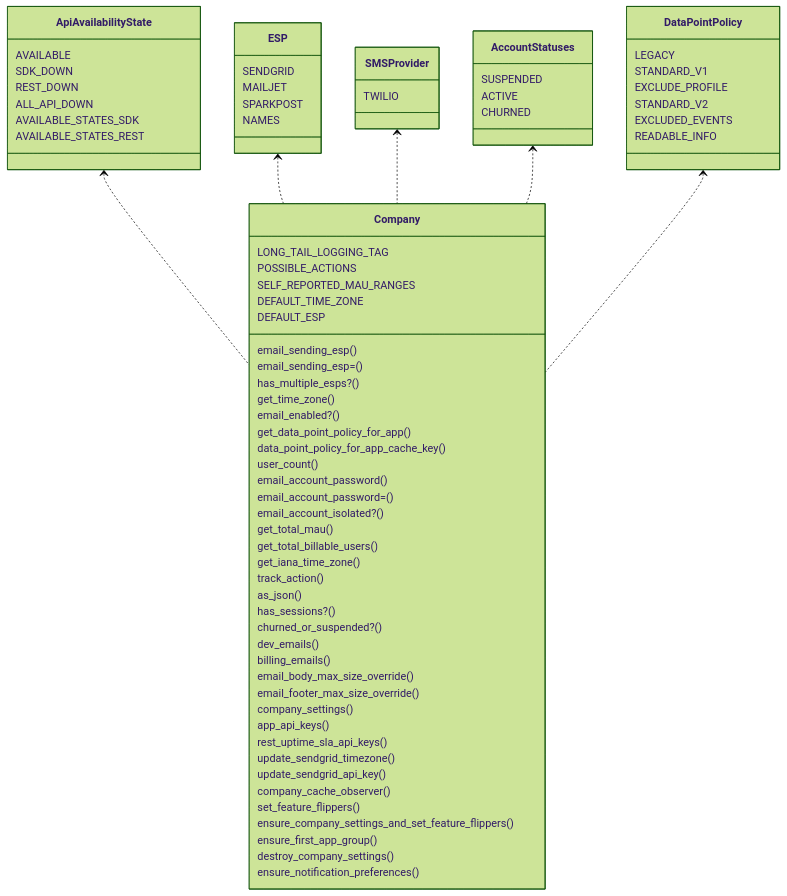
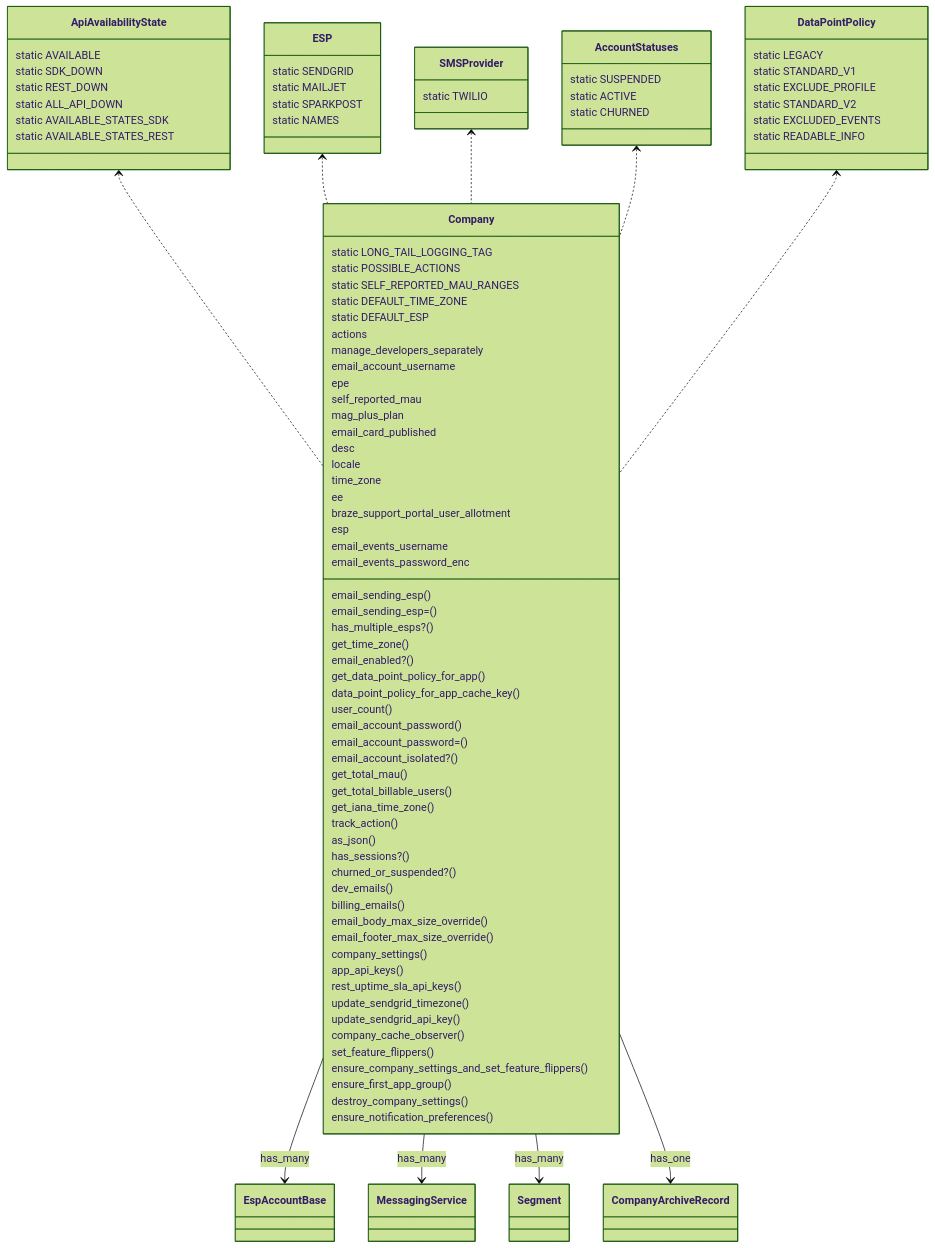
The diagram in test.mmd (lexholden/undrstandr), drawn with Mermaid (forest theme) before and after one commit. The commit also changed 4 other files, not shown here.

```diff
--- a/test.mmd
+++ b/test.mmd
@@ -1,75 +1,95 @@
 classDiagram
 class Company
-Company : LONG_TAIL_LOGGING_TAG
-Company : POSSIBLE_ACTIONS
-Company : SELF_REPORTED_MAU_RANGES
-class ApiAvailabilityState
-ApiAvailabilityState : AVAILABLE
-ApiAvailabilityState : SDK_DOWN
-ApiAvailabilityState : REST_DOWN
-ApiAvailabilityState : ALL_API_DOWN
-ApiAvailabilityState : AVAILABLE_STATES_SDK
-ApiAvailabilityState : AVAILABLE_STATES_REST
-
-ApiAvailabilityState <.. Company
-Company : DEFAULT_TIME_ZONE
-class ESP
-ESP : SENDGRID
-ESP : MAILJET
-ESP : SPARKPOST
-ESP : NAMES
-
-ESP <.. Company
-Company : DEFAULT_ESP
-class SMSProvider
-SMSProvider : TWILIO
-
-SMSProvider <.. Company
-class AccountStatuses
-AccountStatuses : SUSPENDED
-AccountStatuses : ACTIVE
-AccountStatuses : CHURNED
-
-AccountStatuses <.. Company
-class DataPointPolicy
-DataPointPolicy : LEGACY
-DataPointPolicy : STANDARD_V1
-DataPointPolicy : EXCLUDE_PROFILE
-DataPointPolicy : STANDARD_V2
-DataPointPolicy : EXCLUDED_EVENTS
-DataPointPolicy : READABLE_INFO
-
-DataPointPolicy <.. Company
+Company : static LONG_TAIL_LOGGING_TAG
+Company : static POSSIBLE_ACTIONS
+Company : static SELF_REPORTED_MAU_RANGES
+Company : static DEFAULT_TIME_ZONE
+Company : static DEFAULT_ESP
 Company : email_sending_esp()
 Company : email_sending_esp=()
 Company : has_multiple_esps?()
 Company : get_time_zone()
 Company : email_enabled?()
 Company : get_data_point_policy_for_app()
 Company : data_point_policy_for_app_cache_key()
 Company : user_count()
 Company : email_account_password()
 Company : email_account_password=()
 Company : email_account_isolated?()
 Company : get_total_mau()
 Company : get_total_billable_users()
 Company : get_iana_time_zone()
 Company : track_action()
 Company : as_json()
 Company : has_sessions?()
 Company : churned_or_suspended?()
 Company : dev_emails()
 Company : billing_emails()
 Company : email_body_max_size_override()
 Company : email_footer_max_size_override()
 Company : company_settings()
 Company : app_api_keys()
 Company : rest_uptime_sla_api_keys()
 Company : update_sendgrid_timezone()
 Company : update_sendgrid_api_key()
 Company : company_cache_observer()
 Company : set_feature_flippers()
 Company : ensure_company_settings_and_set_feature_flippers()
 Company : ensure_first_app_group()
 Company : destroy_company_settings()
 Company : ensure_notification_preferences()
+Company : actions <Array>
+Company : manage_developers_separately <Boolean>
+Company : email_account_username
+Company : epe
+Company : self_reported_mau <Integer>
+Company : mag_plus_plan <Integer>
+Company : email_card_published <Boolean>
+Company : desc <String>
+Company : locale <String>
+Company : time_zone <String>
+Company : ee <Boolean>
+Company : braze_support_portal_user_allotment <Integer>
+Company : esp <Integer>
+Company : email_events_username <String>
+Company : email_events_password_enc
+
+class ApiAvailabilityState
+ApiAvailabilityState : static AVAILABLE
+ApiAvailabilityState : static SDK_DOWN
+ApiAvailabilityState : static REST_DOWN
+ApiAvailabilityState : static ALL_API_DOWN
+ApiAvailabilityState : static AVAILABLE_STATES_SDK
+ApiAvailabilityState : static AVAILABLE_STATES_REST
+
+class ESP
+ESP : static SENDGRID
+ESP : static MAILJET
+ESP : static SPARKPOST
+ESP : static NAMES
+
+class SMSProvider
+SMSProvider : static TWILIO
+
+class AccountStatuses
+AccountStatuses : static SUSPENDED
+AccountStatuses : static ACTIVE
+AccountStatuses : static CHURNED
+
+class DataPointPolicy
+DataPointPolicy : static LEGACY
+DataPointPolicy : static STANDARD_V1
+DataPointPolicy : static EXCLUDE_PROFILE
+DataPointPolicy : static STANDARD_V2
+DataPointPolicy : static EXCLUDED_EVENTS
+DataPointPolicy : static READABLE_INFO
+
+ApiAvailabilityState <.. Company
+ESP <.. Company
+SMSProvider <.. Company
+AccountStatuses <.. Company
+DataPointPolicy <.. Company
+Company --> EspAccountBase: has_many
+Company --> MessagingService: has_many
+Company --> Segment: has_many
+Company --> CompanyArchiveRecord: has_one
```
